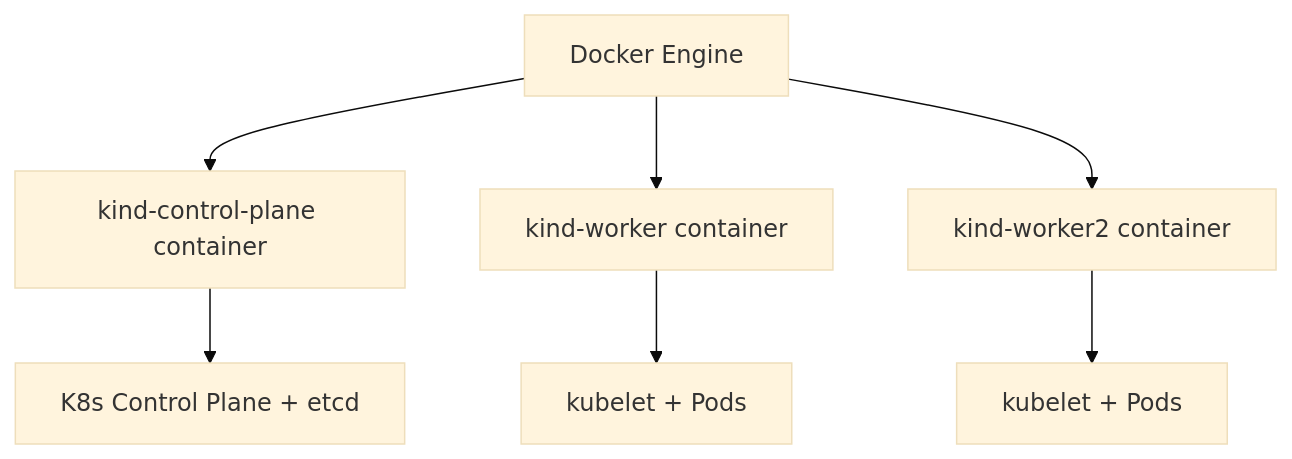
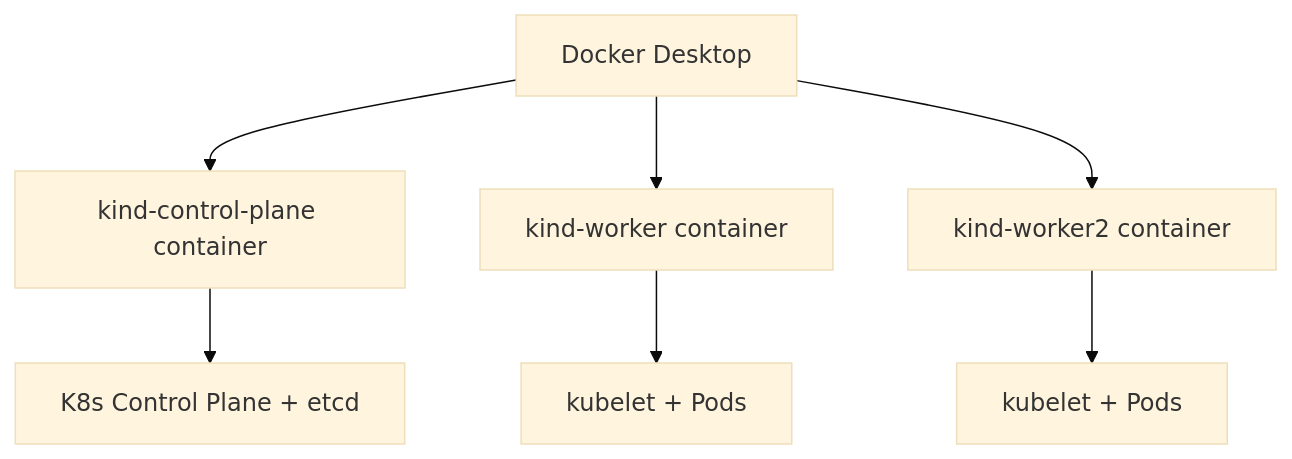
The diagram in labspace/02-kind-clusters.md (ajeetraina/labspace-k8s), drawn with Mermaid (base theme) before and after one commit. The commit also changed other lines of this file and 7 other files, not shown here.

````diff
--- a/labspace/02-kind-clusters.md
+++ b/labspace/02-kind-clusters.md
@@ -5,9 +5,9 @@
 ```mermaid
 graph TD
-    A[Docker Engine] --> B[kind-control-plane container]
+    A[Docker Desktop] --> B[kind-control-plane container]
     A --> C[kind-worker container]
     A --> D[kind-worker2 container]
     B --> E[K8s Control Plane + etcd]
     C --> F[kubelet + Pods]
     D --> G[kubelet + Pods]
 ```
````
